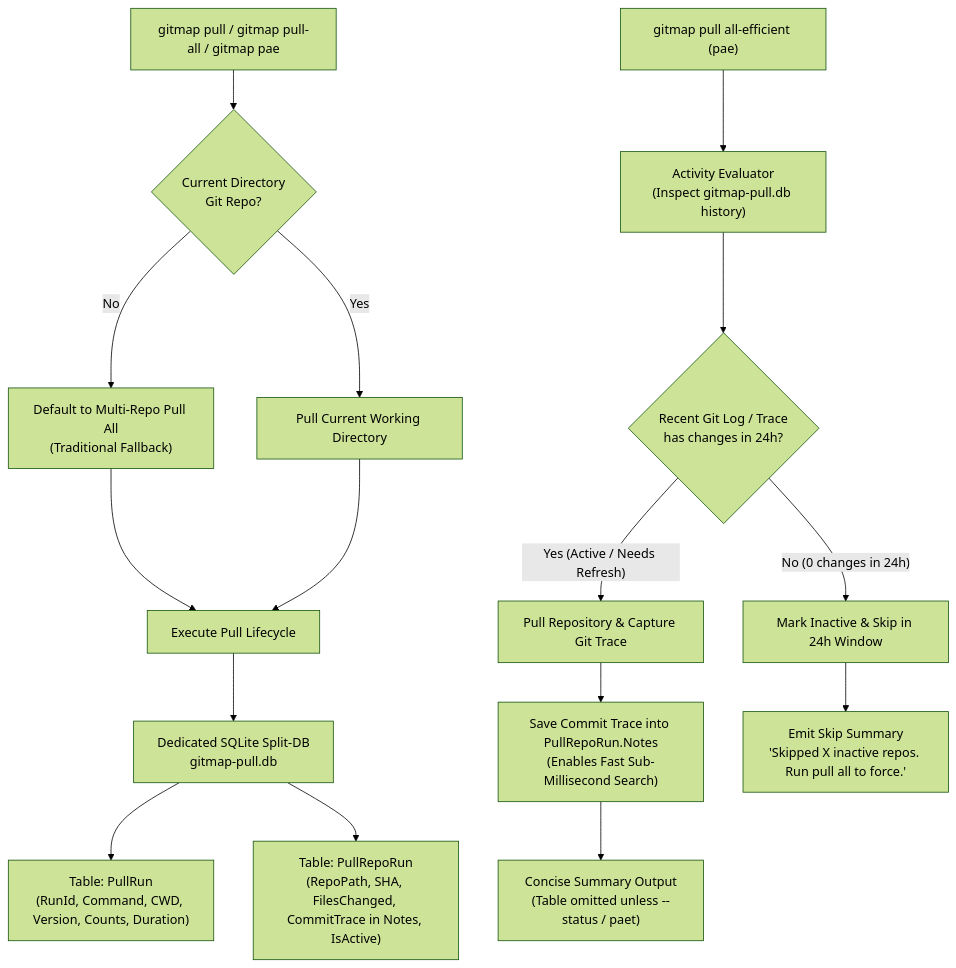
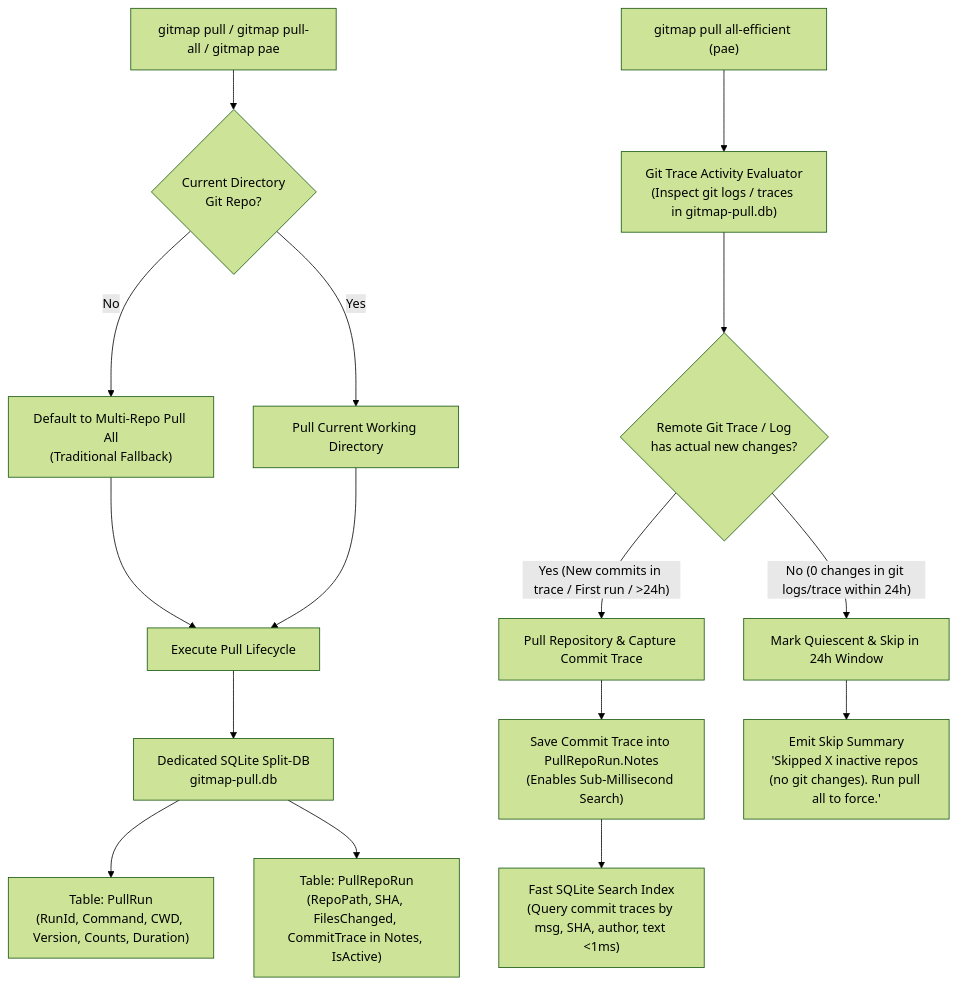
One commit to alimtvnetwork/gitmap-v28 changed the diagram in 02-spec/21-app/136-git-pull-efficient-and-split-database.md. Above: the diagram before and after it, drawn with Mermaid (forest theme). The commit also changed other lines of this file and 5 other files, not shown here.

Commit message:
feat(pull): enhance pae git trace detection, add SQLite commit trace search, and harden agy injection

````diff
--- a/02-spec/21-app/136-git-pull-efficient-and-split-database.md
+++ b/02-spec/21-app/136-git-pull-efficient-and-split-database.md
@@ -28,22 +28,22 @@
 ```mermaid
 flowchart TD
     A["gitmap pull / gitmap pull-all / gitmap pae"] --> B{"Current Directory<br/>Git Repo?"}
     B -- "No" --> C["Default to Multi-Repo Pull All<br/>(Traditional Fallback)"]
     B -- "Yes" --> D["Pull Current Working Directory"]
     
     C --> E["Execute Pull Lifecycle"]
     D --> E
     
     E --> F["Dedicated SQLite Split-DB<br/>gitmap-pull.db"]
     F --> G["Table: PullRun<br/>(RunId, Command, CWD, Version, Counts, Duration)"]
     F --> H["Table: PullRepoRun<br/>(RepoPath, SHA, FilesChanged, CommitTrace in Notes, IsActive)"]
     
-    I["gitmap pull all-efficient (pae)"] --> J["Activity Evaluator<br/>(Inspect gitmap-pull.db history)"]
-    J --> K{"Recent Git Log / Trace<br/>has changes in 24h?"}
-    K -- "No (0 changes in 24h)" --> L["Mark Inactive & Skip in 24h Window"]
-    K -- "Yes (Active / Needs Refresh)" --> M["Pull Repository & Capture Git Trace"]
+    I["gitmap pull all-efficient (pae)"] --> J["Git Trace Activity Evaluator<br/>(Inspect git logs / traces in gitmap-pull.db)"]
+    J --> K{"Remote Git Trace / Log<br/>has actual new changes?"}
+    K -- "No (0 changes in git logs/trace within 24h)" --> L["Mark Quiescent & Skip in 24h Window"]
+    K -- "Yes (New commits in trace / First run / >24h)" --> M["Pull Repository & Capture Commit Trace"]
     
-    M --> N["Save Commit Trace into PullRepoRun.Notes<br/>(Enables Fast Sub-Millisecond Search)"]
-    L --> O["Emit Skip Summary<br/>'Skipped X inactive repos. Run pull all to force.'"]
-    N --> P["Concise Summary Output<br/>(Table omitted unless --status / paet)"]
+    M --> N["Save Commit Trace into PullRepoRun.Notes<br/>(Enables Sub-Millisecond Search)"]
+    L --> O["Emit Skip Summary<br/>'Skipped X inactive repos (no git changes). Run pull all to force.'"]
+    N --> P["Fast SQLite Search Index<br/>(Query commit traces by msg, SHA, author, text <1ms)"]
 ```
````
